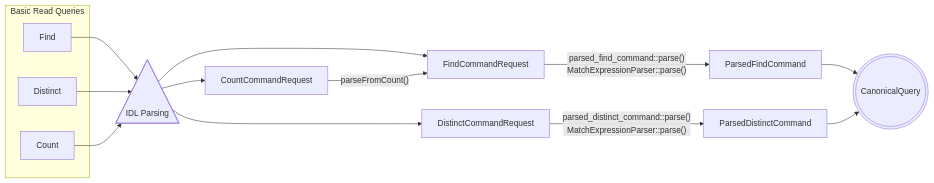
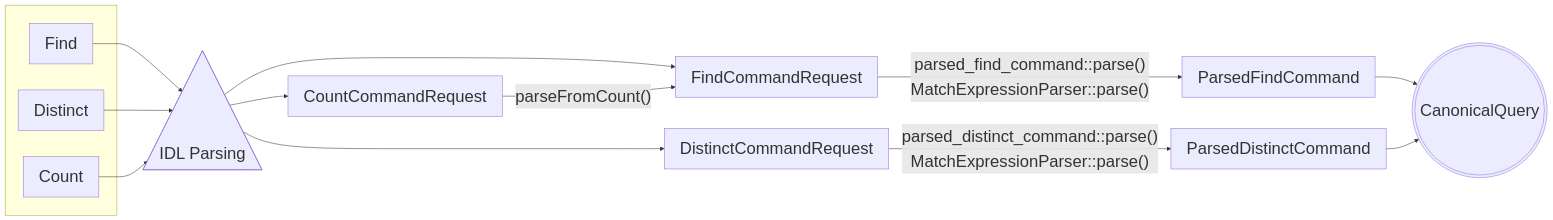
One commit to MitsukiSUGITA/my_mongoDB changed the first of 3 diagrams in src/mongo/db/commands/query_cmd/README.md. Above: the diagram before and after it, drawn with Mermaid. The commit also changed other lines of this file and 8 other files, not shown here.

````diff
--- a/src/mongo/db/commands/query_cmd/README.md
+++ b/src/mongo/db/commands/query_cmd/README.md
@@ -123,21 +121,26 @@
 ```mermaid
+---
+config:
+  themeVariables:
+    fontSize: 32px
+---
 flowchart LR
- subgraph s1["Basic Read Queries"]
+ subgraph s1[" "]
         n1["Find"]
         n2["Distinct"]
         n3["Count"]
   end
     n1 --> n10["IDL Parsing"]
     n2 --> n10
     n3 --> n10
     n10 --> n11["FindCommandRequest"] & n12["DistinctCommandRequest"]
     n10 --> n21["CountCommandRequest"]
     n13["ParsedFindCommand"] --> n17["CanonicalQuery"]
     n19["ParsedDistinctCommand"] --> n17
     n21 -- parseFromCount() --> n11
     n11 -- "parsed_find_command::parse()<br>MatchExpressionParser::parse()" --> n13
     n12 -- "parsed_distinct_command::parse()<br>MatchExpressionParser::parse()" --> n19
 
     n10@{ shape: extract}
     n17@{ shape: dbl-circ}
 ```
````
